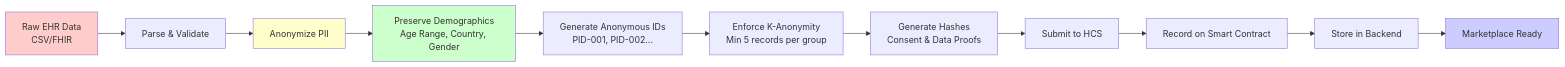
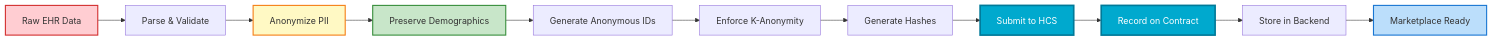
The fourth of 9 diagrams in README.md (najuna-brian/medipact), drawn with Mermaid before and after one commit. The commit also changed other lines of this file, not shown here.

````diff
--- a/README.md
+++ b/README.md
@@ -128,18 +196,20 @@
 ```mermaid
 flowchart LR
-    A[Raw EHR Data<br/>CSV/FHIR] --> B[Parse & Validate]
+    A[Raw EHR Data] --> B[Parse & Validate]
     B --> C[Anonymize PII]
-    C --> D[Preserve Demographics<br/>Age Range, Country, Gender]
-    D --> E[Generate Anonymous IDs<br/>PID-001, PID-002...]
-    E --> F[Enforce K-Anonymity<br/>Min 5 records per group]
-    F --> G[Generate Hashes<br/>Consent & Data Proofs]
+    C --> D[Preserve Demographics]
+    D --> E[Generate Anonymous IDs]
+    E --> F[Enforce K-Anonymity]
+    F --> G[Generate Hashes]
     G --> H[Submit to HCS]
-    H --> I[Record on Smart Contract]
+    H --> I[Record on Contract]
     I --> J[Store in Backend]
     J --> K[Marketplace Ready]
     
-    style A fill:#ffcccc
-    style C fill:#ffffcc
-    style D fill:#ccffcc
-    style K fill:#ccccff
+    style A fill:#FFCDD2,stroke:#D32F2F,stroke-width:2px
+    style C fill:#FFF9C4,stroke:#F57F17,stroke-width:2px
+    style D fill:#C8E6C9,stroke:#388E3C,stroke-width:2px
+    style H fill:#00A9CE,color:#fff,stroke:#007A99,stroke-width:3px
+    style I fill:#00A9CE,color:#fff,stroke:#007A99,stroke-width:3px
+    style K fill:#BBDEFB,stroke:#1976D2,stroke-width:2px
 ```
````
